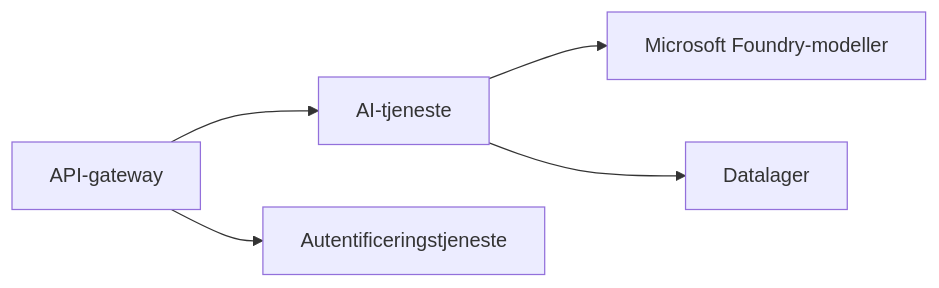
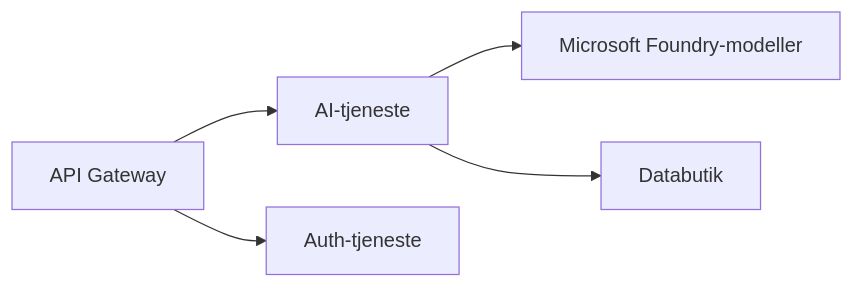
One commit to microsoft/AZD-for-beginners changed the first of 2 diagrams in translations/da/docs/chapter-08-production/README.md. Above: the diagram before and after it, drawn with Mermaid. The commit also changed other lines of this file and 61 other files, not shown here.

````diff
--- a/translations/da/docs/chapter-08-production/README.md
+++ b/translations/da/docs/chapter-08-production/README.md
@@ -48,6 +48,6 @@
 ```mermaid
 graph LR
-    Gateway[API-gateway] --> AI[AI-tjeneste] --> Models[Microsoft Foundry-modeller]
-    Gateway --> Auth[Autentificeringstjeneste]
-    AI --> Data[Datalager]
+    Gateway[API Gateway] --> AI[AI-tjeneste] --> Models[Microsoft Foundry-modeller]
+    Gateway --> Auth[Auth-tjeneste]
+    AI --> Data[Databutik]
 ```
````
